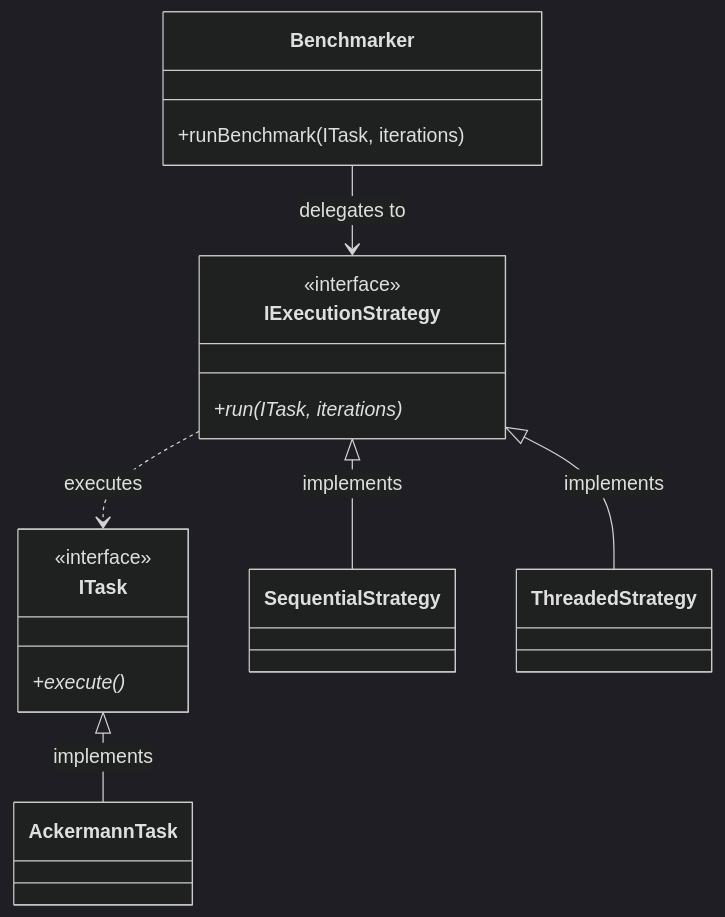
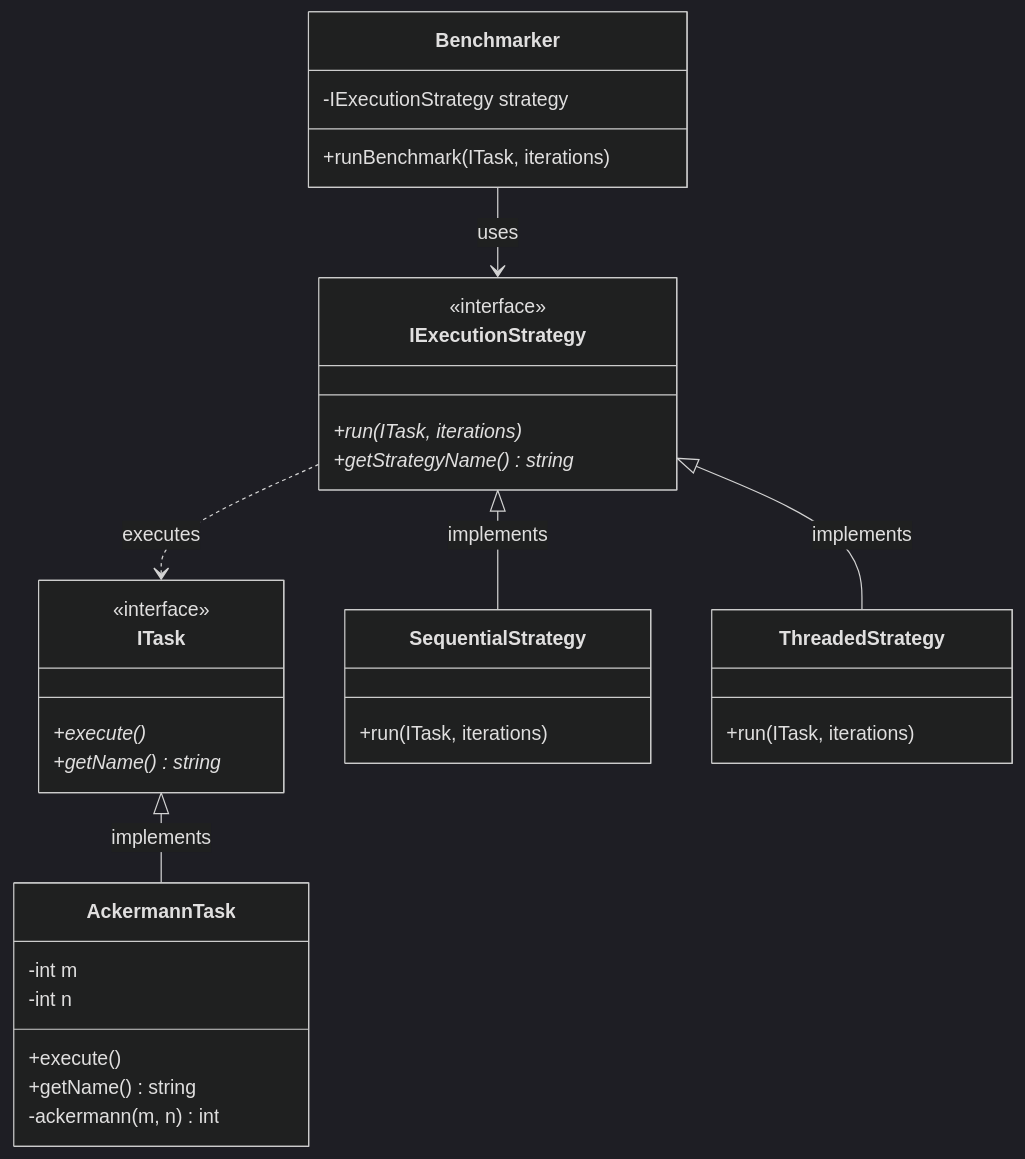
Before and after one commit to AhmadHassan-BTed/ThreadRace: the first of 5 diagrams in README.md, drawn with Mermaid (dark theme). The commit also changed other lines of this file and 1 other file, not shown here.

Commit message:
Revamp README with complete architecture/workflow diagrams and clean .gitignore comments

````diff
--- a/README.md
+++ b/README.md
@@ -47,19 +51,41 @@
 ```mermaid
 classDiagram
-    class Benchmarker {
-        +runBenchmark(ITask, iterations)
+    class ITask {
+        <<interface>>
+        +execute()*
+        +getName()* string
     }
+
     class IExecutionStrategy {
         <<interface>>
         +run(ITask, iterations)*
+        +getStrategyName()* string
     }
-    class ITask {
-        <<interface>>
-        +execute()*
+
+    class AckermannTask {
+        -int m
+        -int n
+        +execute()
+        +getName() string
+        -ackermann(m, n) int
     }
-    Benchmarker --> IExecutionStrategy : delegates to
-    IExecutionStrategy ..> ITask : executes
+
+    class SequentialStrategy {
+        +run(ITask, iterations)
+    }
+
+    class ThreadedStrategy {
+        +run(ITask, iterations)
+    }
+
+    class Benchmarker {
+        -IExecutionStrategy strategy
+        +runBenchmark(ITask, iterations)
+    }
+
+    ITask <|-- AckermannTask : implements
     IExecutionStrategy <|-- SequentialStrategy : implements
     IExecutionStrategy <|-- ThreadedStrategy : implements
-    ITask <|-- AckermannTask : implements
+    Benchmarker --> IExecutionStrategy : uses
+    IExecutionStrategy ..> ITask : executes
 ```
````
